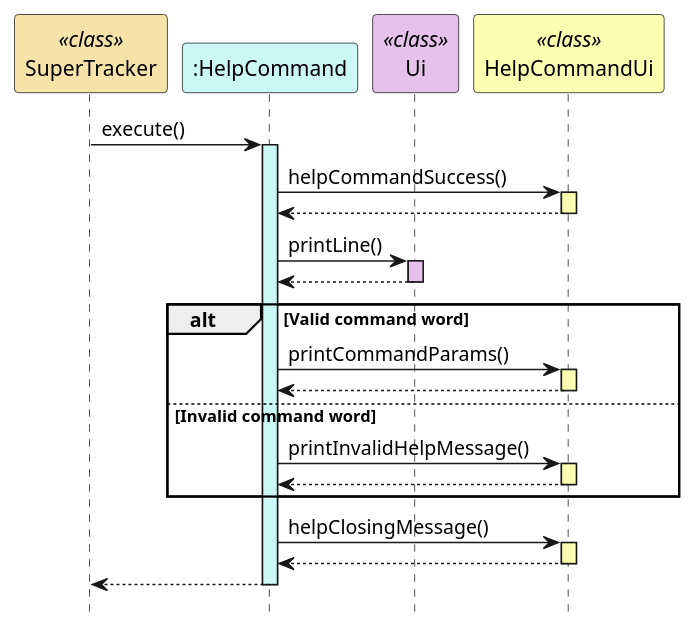
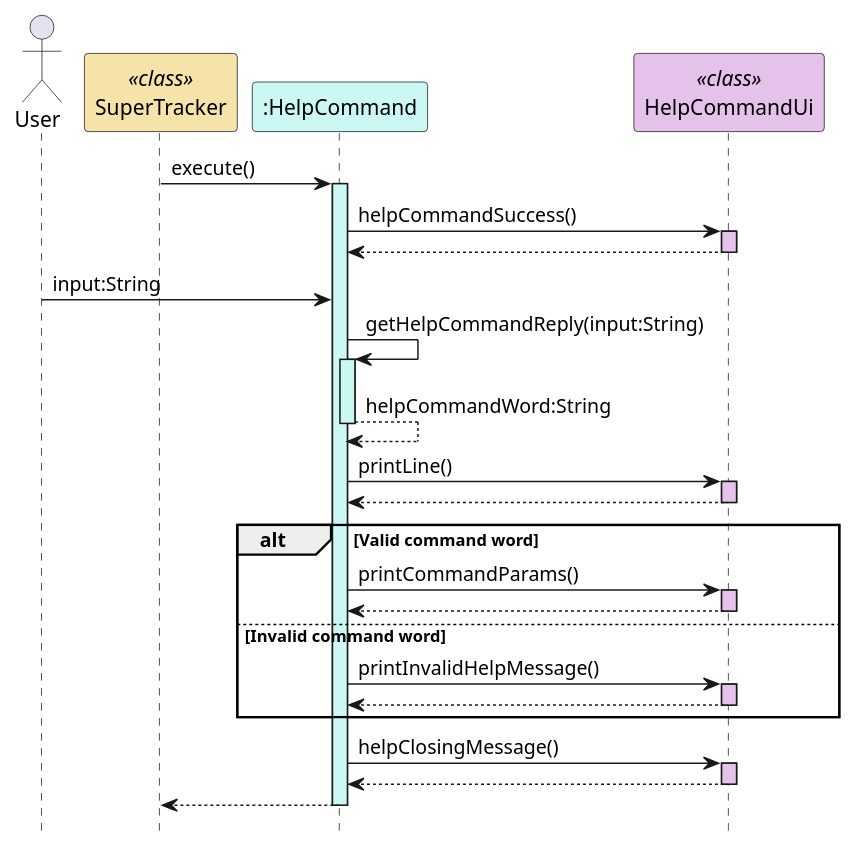
One commit to rismm/tp changed the second of 2 diagrams in docs/uml-diagrams/HelpCommand.puml. Above: the diagram before and after it, drawn with PlantUML. The commit also changed other lines of this file and 11 other files, not shown here.

```diff
--- a/docs/uml-diagrams/HelpCommand.puml
+++ b/docs/uml-diagrams/HelpCommand.puml
@@ -50,40 +50,47 @@
 @startuml
 hide footbox
+actor User as User
 participant "SuperTracker" as SuperTracker <<class>> #f5e3a9
 participant ":HelpCommand" as HelpCommand #cbf7f4
-participant "Ui" as Ui <<class>> #e5c2ea
-participant "HelpCommandUi" as HelpCommandUi <<class>> #fbffb2
+participant "HelpCommandUi" as HelpCommandUi <<class>> #e5c2ea
 
 SuperTracker -> HelpCommand : execute()
 activate HelpCommand #cbf7f4
 
 HelpCommand -> HelpCommandUi : helpCommandSuccess()
-activate HelpCommandUi #fbffb2
+activate HelpCommandUi #e5c2ea
 HelpCommandUi --> HelpCommand
 deactivate HelpCommandUi
 
-HelpCommand -> Ui : printLine()
-activate Ui #e5c2ea
-Ui --> HelpCommand
-deactivate Ui
+User -> HelpCommand : input:String
+
+HelpCommand -> HelpCommand : getHelpCommandReply(input:String)
+activate HelpCommand #cbf7f4
+HelpCommand --> HelpCommand : helpCommandWord:String
+deactivate HelpCommand
+
+HelpCommand -> HelpCommandUi : printLine()
+activate HelpCommandUi #e5c2ea
+HelpCommandUi --> HelpCommand
+deactivate HelpCommandUi
 
 alt Valid command word
 HelpCommand -> HelpCommandUi : printCommandParams()
-activate HelpCommandUi #fbffb2
+activate HelpCommandUi #e5c2ea
 HelpCommandUi --> HelpCommand
 deactivate HelpCommandUi
 else Invalid command word
 HelpCommand -> HelpCommandUi : printInvalidHelpMessage()
-activate HelpCommandUi #fbffb2
+activate HelpCommandUi #e5c2ea
 HelpCommandUi --> HelpCommand
 deactivate HelpCommandUi
 end
 
 HelpCommand -> HelpCommandUi : helpClosingMessage()
-activate HelpCommandUi #fbffb2
+activate HelpCommandUi #e5c2ea
 HelpCommandUi --> HelpCommand
 deactivate HelpCommandUi
 
 HelpCommand --> SuperTracker
 deactivate HelpCommand
 @enduml
```
